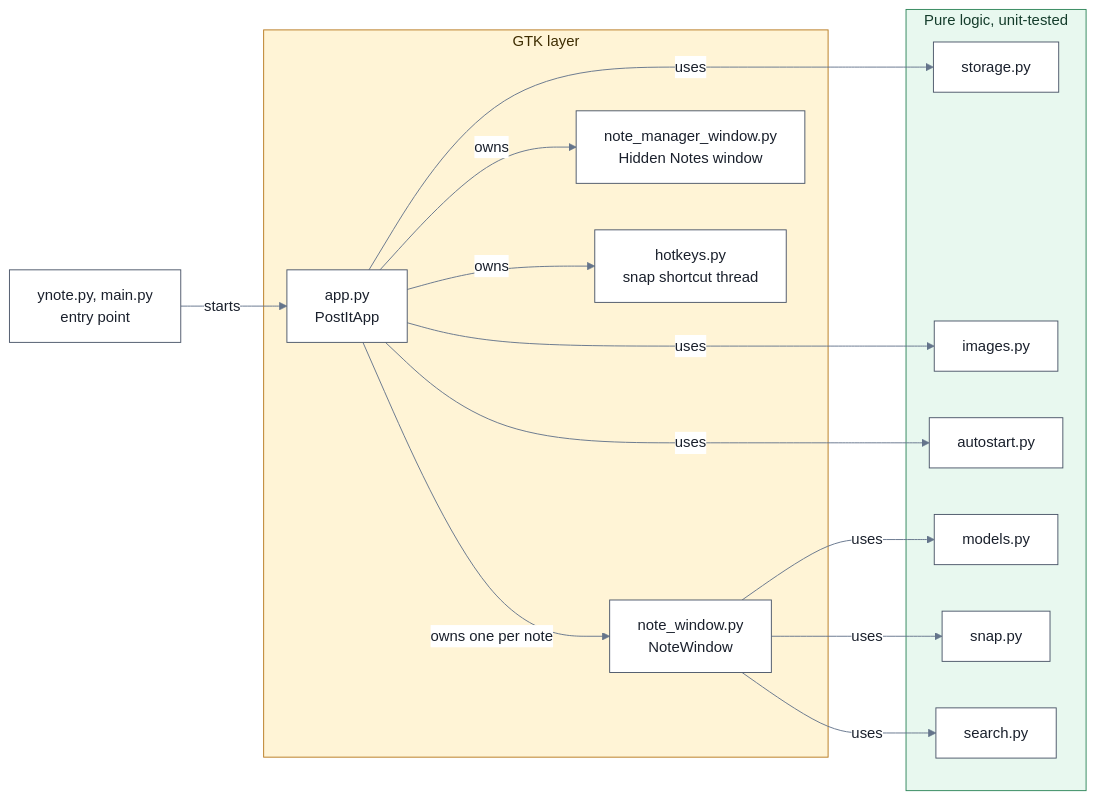
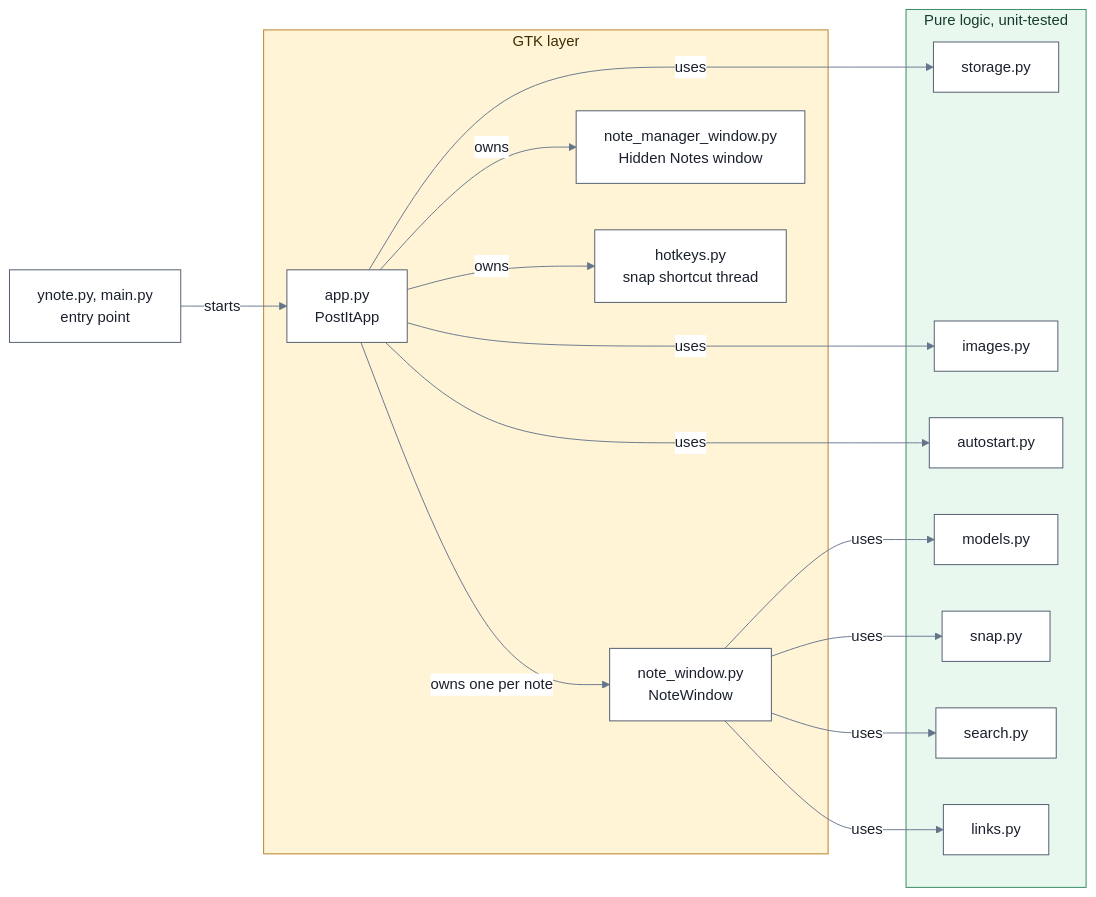
The first of 2 diagrams in ARCHITECTURE.md (vacu9708/ynote), drawn with Mermaid before and after one commit. The commit also changed other lines of this file and 8 other files, not shown here.

````diff
--- a/ARCHITECTURE.md
+++ b/ARCHITECTURE.md
@@ -13,37 +13,39 @@
 ```mermaid
 %%{init: {'theme': 'base', 'themeVariables': {'primaryColor': '#FFFFFF', 'primaryTextColor': '#1A202C', 'primaryBorderColor': '#4A5568', 'lineColor': '#64748B', 'edgeLabelBackground': '#FFFFFF', 'titleColor': '#1A202C'}}}%%
 flowchart LR
     Main["ynote.py, main.py<br/>entry point"]
 
     subgraph GTK["GTK layer"]
         App["app.py<br/>PostItApp"]
         Window["note_window.py<br/>NoteWindow"]
         Manager["note_manager_window.py<br/>Hidden Notes window"]
         Hotkeys["hotkeys.py<br/>snap shortcut thread"]
     end
 
     subgraph Pure["Pure logic, unit-tested"]
         Storage["storage.py"]
         Images["images.py"]
         Autostart["autostart.py"]
         Models["models.py"]
         Snap["snap.py"]
         Search["search.py"]
+        Links["links.py"]
     end
 
     Main -->|starts| App
     App -->|owns one per note| Window
     App -->|owns| Manager
     App -->|owns| Hotkeys
     App -->|uses| Storage
     App -->|uses| Images
     App -->|uses| Autostart
     Window -->|uses| Models
     Window -->|uses| Snap
     Window -->|uses| Search
+    Window -->|uses| Links
 
     classDef node fill:#FFFFFF,stroke:#4A5568,color:#1A202C
-    class Main,App,Window,Manager,Hotkeys,Storage,Images,Autostart,Models,Snap,Search node
+    class Main,App,Window,Manager,Hotkeys,Storage,Images,Autostart,Models,Snap,Search,Links node
     style GTK fill:#FFF4D6,stroke:#B7791F,color:#3D2C00
     style Pure fill:#E8F8EF,stroke:#2F855A,color:#143C2B
 ```
````
